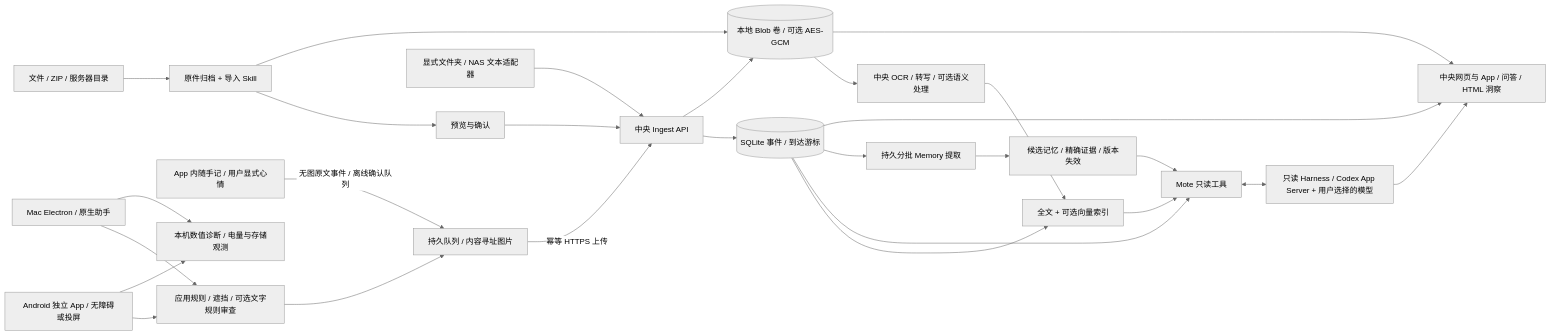
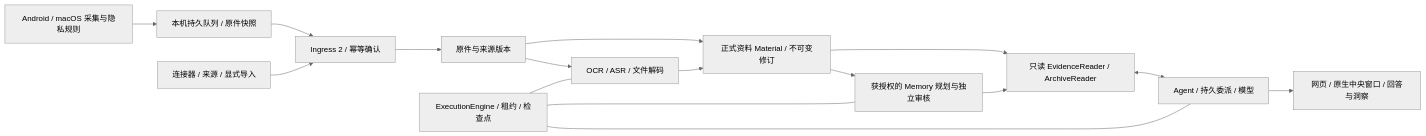
Before and after one commit to utopiafar/mote: the diagram in docs/architecture.md, drawn with Mermaid (neutral theme). The commit also changed other lines of this file and 205 other files, not shown here.

````diff
--- a/docs/architecture.md
+++ b/docs/architecture.md
@@ -5,29 +5,18 @@
 ```mermaid
 flowchart LR
-  A[Android 独立 App / 无障碍或投屏] --> P[应用规则 / 遮挡 / 可选文字规则审查]
-  B[Mac Electron / 原生助手] --> P
-  P --> Q[持久队列 / 内容寻址图片]
-  Q -->|幂等 HTTPS 上传| I[中央 Ingest API]
-  N[App 内随手记 / 用户显式心情] -->|无图原文事件 / 离线确认队列| Q
-  F[显式文件夹 / NAS 文本适配器] --> I
-  U[文件 / ZIP / 服务器目录] --> OI[原件归档 + 导入 Skill]
-  OI --> V[预览与确认]
-  V --> I
-  OI --> S
-  I --> D[(SQLite 事件 / 到达游标)]
-  I --> S[(本地 Blob 卷 / 可选 AES-GCM)]
-  S --> CP[中央 OCR / 转写 / 可选语义处理]
-  CP --> X
-  D --> X[全文 + 可选向量索引]
-  X --> T[Mote 只读工具]
-  D --> T
-  D --> MP[持久分批 Memory 提取]
-  MP --> MS[候选记忆 / 精确证据 / 版本失效]
-  MS --> T
-  T <--> H[只读 Harness / Codex App Server + 用户选择的模型]
-  H --> W[中央网页与 App / 问答 / HTML 洞察]
-  D --> W
- S --> W
-  A --> M[本机数值诊断 / 电量与存储观测]
-  B --> M
+  C[Android / macOS 采集与隐私规则] --> Q[本机持久队列 / 原件快照]
+  Q --> I[Ingress 2 / 幂等确认]
+  S[连接器 / 来源 / 显式导入] --> I
+  I --> R[原件与来源版本]
+  R --> M[正式资料 Material / 不可变修订]
+  R --> P[OCR / ASR / 文件解码]
+  P --> M
+  M --> E[只读 EvidenceReader / ArchiveReader]
+  M --> W[获授权的 Memory 规划与独立审核]
+  W --> E
+  E <--> A[Agent / 持久委派 / 模型]
+  A --> U[网页 / 原生中央窗口 / 回答与洞察]
+  X[ExecutionEngine / 租约 / 检查点] --- P
+  X --- W
+  X --- A
 ```
````
